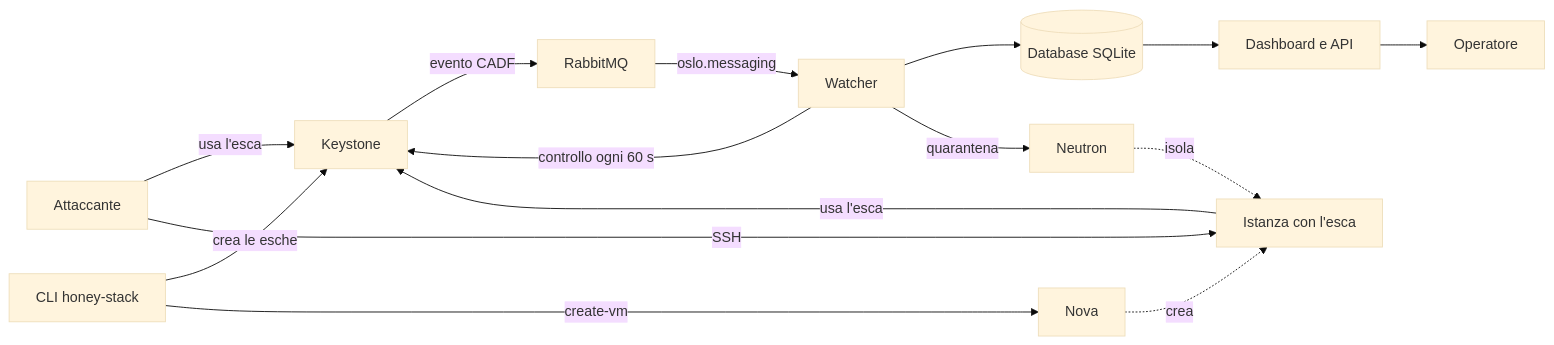
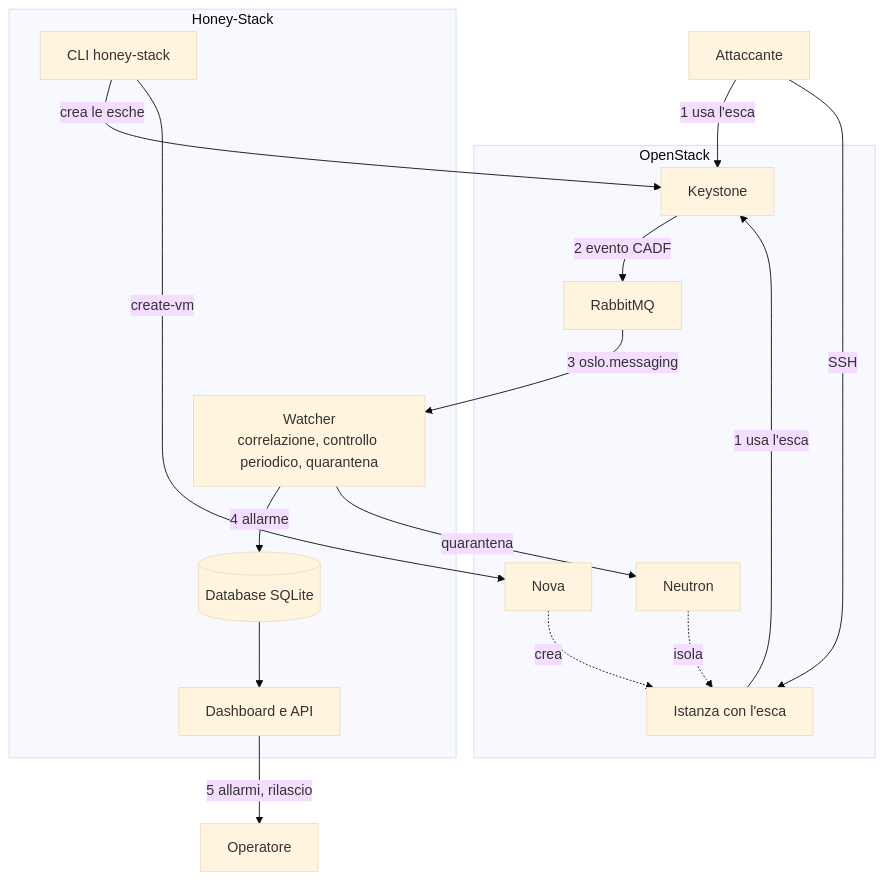
One commit to BenedettoPio/honey-stack changed the diagram in README.md. Above: the diagram before and after it, drawn with Mermaid (base theme).

Commit message:
README: schema dell'architettura verticale e numerato

````diff
--- a/README.md
+++ b/README.md
@@ -13,17 +13,29 @@
 ```mermaid
-flowchart LR
-    A["Attaccante"] -->|"usa l'esca"| K["Keystone"]
-    A -->|"SSH"| VM["Istanza con l'esca"]
-    VM -->|"usa l'esca"| K
-    K -->|"evento CADF"| R["RabbitMQ"]
-    R -->|"oslo.messaging"| W["Watcher"]
-    W --> DB[("Database SQLite")]
-    W -->|"controllo ogni 60 s"| K
-    W -->|"quarantena"| N["Neutron"]
+flowchart TB
+    A["Attaccante"]
+    subgraph OS["OpenStack"]
+        K["Keystone"] -->|"2 evento CADF"| R["RabbitMQ"]
+        NV["Nova"]
+        N["Neutron"]
+        VM["Istanza con l'esca"]
+    end
+    subgraph HS["Honey-Stack"]
+        G["CLI honey-stack"]
+        W["Watcher<br/>correlazione, controllo periodico, quarantena"]
+        DB[("Database SQLite")]
+        D["Dashboard e API"]
+    end
+    O["Operatore"]
+    A -->|"1 usa l'esca"| K
+    A -->|"SSH"| VM
+    VM -->|"1 usa l'esca"| K
+    R -->|"3 oslo.messaging"| W
+    W -->|"4 allarme"| DB
+    DB --> D
+    D -->|"5 allarmi, rilascio"| O
+    W -->|"quarantena"| N
     N -.->|"isola"| VM
-    DB --> D["Dashboard e API"]
-    D --> O["Operatore"]
-    G["CLI honey-stack"] -->|"crea le esche"| K
-    G -->|"create-vm"| NV["Nova"]
+    G -->|"crea le esche"| K
+    G -->|"create-vm"| NV
     NV -.->|"crea"| VM
 ```
````
